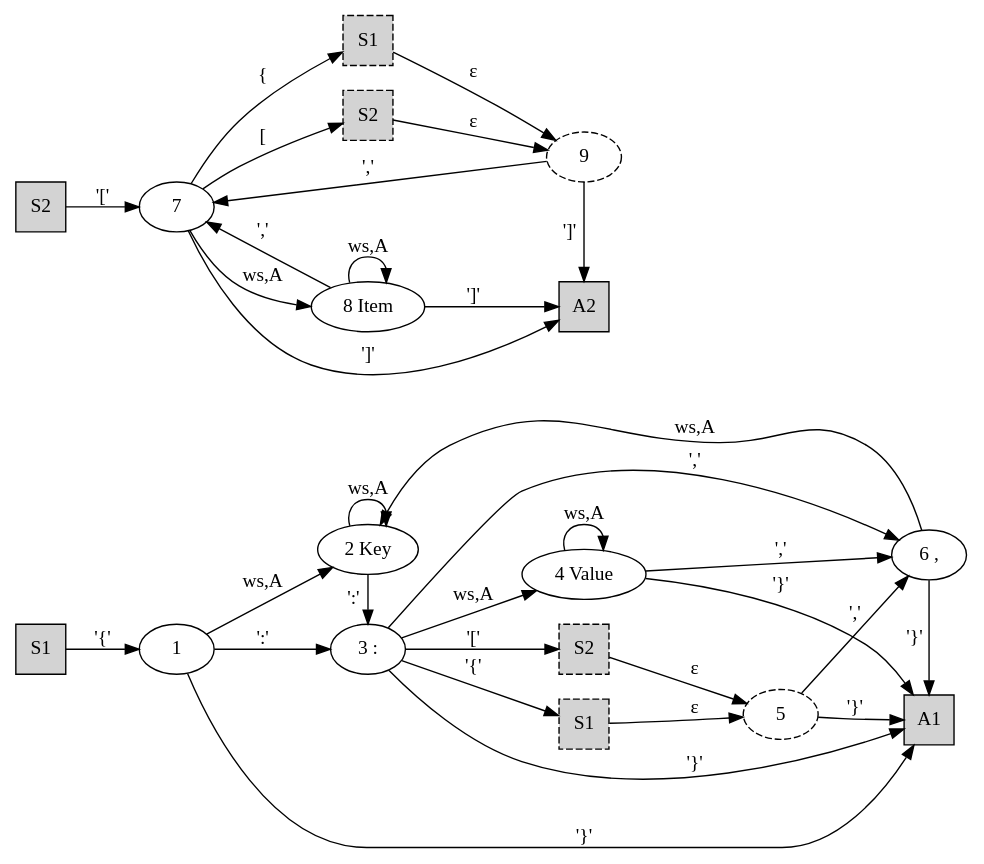
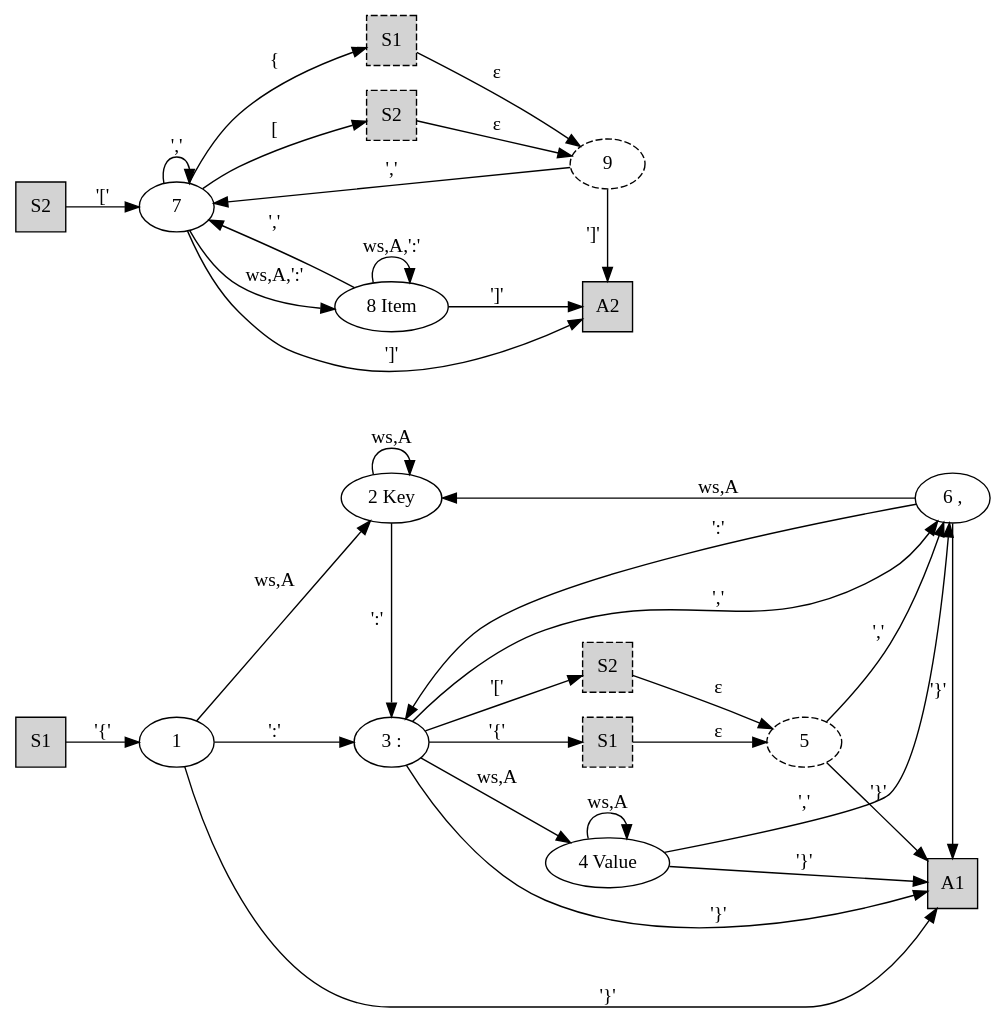
Before and after one commit to npillmayer/nestext: the diagram in automata.dot, drawn with Graphviz. The commit also changed 3 other files, not shown here.

```diff
--- a/automata.dot
+++ b/automata.dot
@@ -1,61 +1,64 @@
 digraph Automata {
     splines="TRUE";
     rankdir="LR"
 
     S1  [shape="square",style="filled"]
-    S1x  [label="S1",shape="square",style="filled,dashed"]
+    S1x  [label="S1",shape="square",style="filled,dashed",group="axis2-1"]
     S1y  [label="S1",shape="square",style="filled,dashed"]
     S2  [shape="square",style="filled"]
     S2x  [label="S2",shape="square",style="filled,dashed"]
     S2y  [label="S2",shape="square",style="filled,dashed"]
     A1  [shape="square",style="filled"]
     A2 [shape="square",style="filled"]
-    2  [label="2 Key"]
-    3  [label="3 :"]
-    6  [label="6 ,"]
+    1  [group="axis2-1"]
+    2  [label="2 Key",group="axis2-2"]
+    3  [label="3 :",group="axis2-1"]
+    6  [label="6 ,",group="axis2-2"]
     4  [label="4 Value"]
     8  [label="8 Item"]
-    5  [style="dashed"]
+    5  [style="dashed",group="axis2-1"]
     9  [style="dashed"]
     
     S1 -> 1[label="'{'"]
     1  -> 2[label="ws,A"]
     2  -> 2[label="ws,A"]
     2  -> 3[label="':'"]
     1  -> 3[label="':'"]
     3  -> 4[label="ws,A"]
     4  -> 4[label="ws,A"]
     4  -> A1[label="'}'"]
     4  -> 6[label="','"]
     3  -> 6[label="','"]
     6  -> A1[label="'}'"]
     6  -> 2[label="ws,A"]
+    6  -> 3[label="':'"]
     1  -> A1[label="'}'"]
     3  -> A1[label="'}'"]
     3  -> S1x[label="'{'"]
     S1x  -> 5[label="ε"]
     3  -> S2x[label="'['"]
     S2x  -> 5[label="ε"]
     5  -> 6[label="','"]
     5  -> A1[label="'}'"]
 
     S2 -> 7[label="'['"]
-    7  -> 8[label="ws,A"]
-    8  -> 8[label="ws,A"]
+    7  -> 8[label="ws,A,':'"]
+    7  -> 7[label="','"]
+    8  -> 8[label="ws,A,':'"]
     8  -> 7[label="','"]
     8  -> A2[label="']'"]
     7  -> A2[label="']'"]
     7  -> S1y[label="{"]
     7  -> S2y[label="["]
     S1y  -> 9[label="ε"]
     S2y  -> 9[label="ε"]
     9  -> A2[label="']'"]
     9  -> 7[label="','"]
 
     { rank=min; S1; S2;}
     { rank=same; 4; S1x; S2x; }
     { rank=same; 8; S1y; S2y; 2; 3;}
     { rank=same; 9; A2;}
     { rank=max; A1; 6;}
     { rank=same; 1; 7;}
 }
```
